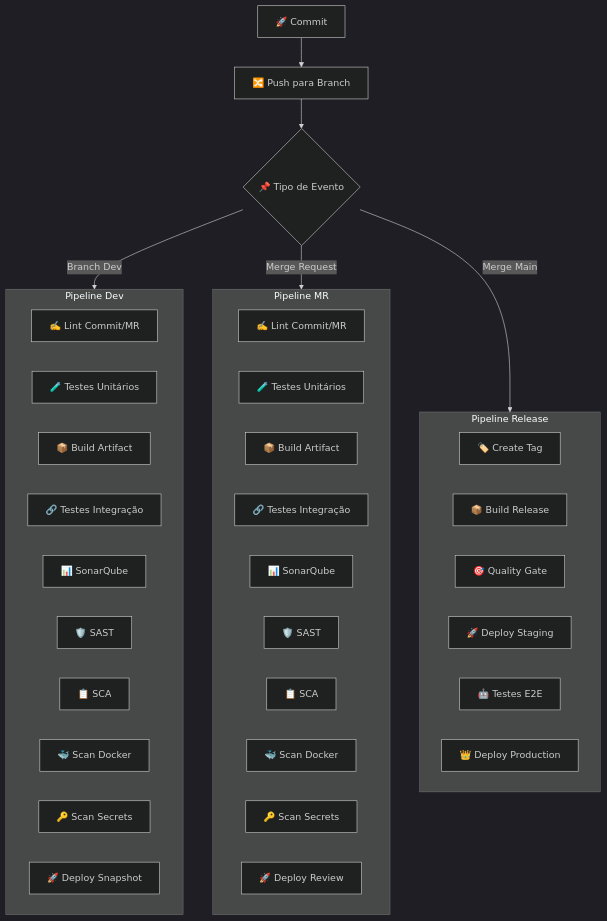
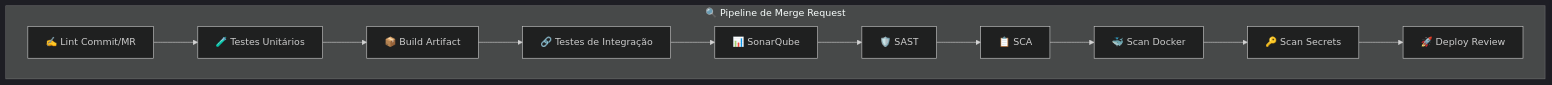
One commit to waltenne/mini-curso-cicd changed the third of 5 diagrams in content/05.md. Above: the diagram before and after it, drawn with Mermaid (dark theme). The commit also changed other lines of this file and 1 other file, not shown here.

Commit message:
feat: day05 adjusts

````diff
--- a/content/05.md
+++ b/content/05.md
@@ -32,43 +76,17 @@
 ```mermaid
 graph TD
-    A[🚀 Commit] --> B[🔀 Push para Branch]
-    B --> C{📌 Tipo de Evento}
-    C -->|Branch Dev| D[🔄 Pipeline Desenvolvimento]
-    C -->|Merge Request| E[🔍 Pipeline MR]
-    C -->|Merge Main| F[🏷️ Pipeline Release]
-    
-    subgraph D [Pipeline Dev]
-        D1[✍️ Lint Commit/MR]
-        D2[🧪 Testes Unitários]
-        D3[📦 Build Artifact]
-        D4[🔗 Testes Integração]
-        D5[📊 SonarQube]
-        D6[🛡️ SAST]
-        D7[📋 SCA]
-        D8[🐳 Scan Docker]
-        D9[🔑 Scan Secrets]
-        D10[🚀 Deploy Snapshot]
-    end
-    
-    subgraph E [Pipeline MR]
+    subgraph E [🔍 Pipeline de Merge Request]
         E1[✍️ Lint Commit/MR]
         E2[🧪 Testes Unitários]
         E3[📦 Build Artifact]
-        E4[🔗 Testes Integração]
+        E4[🔗 Testes de Integração]
         E5[📊 SonarQube]
         E6[🛡️ SAST]
         E7[📋 SCA]
         E8[🐳 Scan Docker]
         E9[🔑 Scan Secrets]
         E10[🚀 Deploy Review]
-    end
-    
-    subgraph F [Pipeline Release]
-        F1[🏷️ Create Tag]
-        F2[📦 Build Release]
-        F3[🎯 Quality Gate]
-        F4[🚀 Deploy Staging]
-        F5[🤖 Testes E2E]
-        F6[👑 Deploy Production]
+        
+        E1 --> E2 --> E3 --> E4 --> E5 --> E6 --> E7 --> E8 --> E9 --> E10
     end
 ```
````
